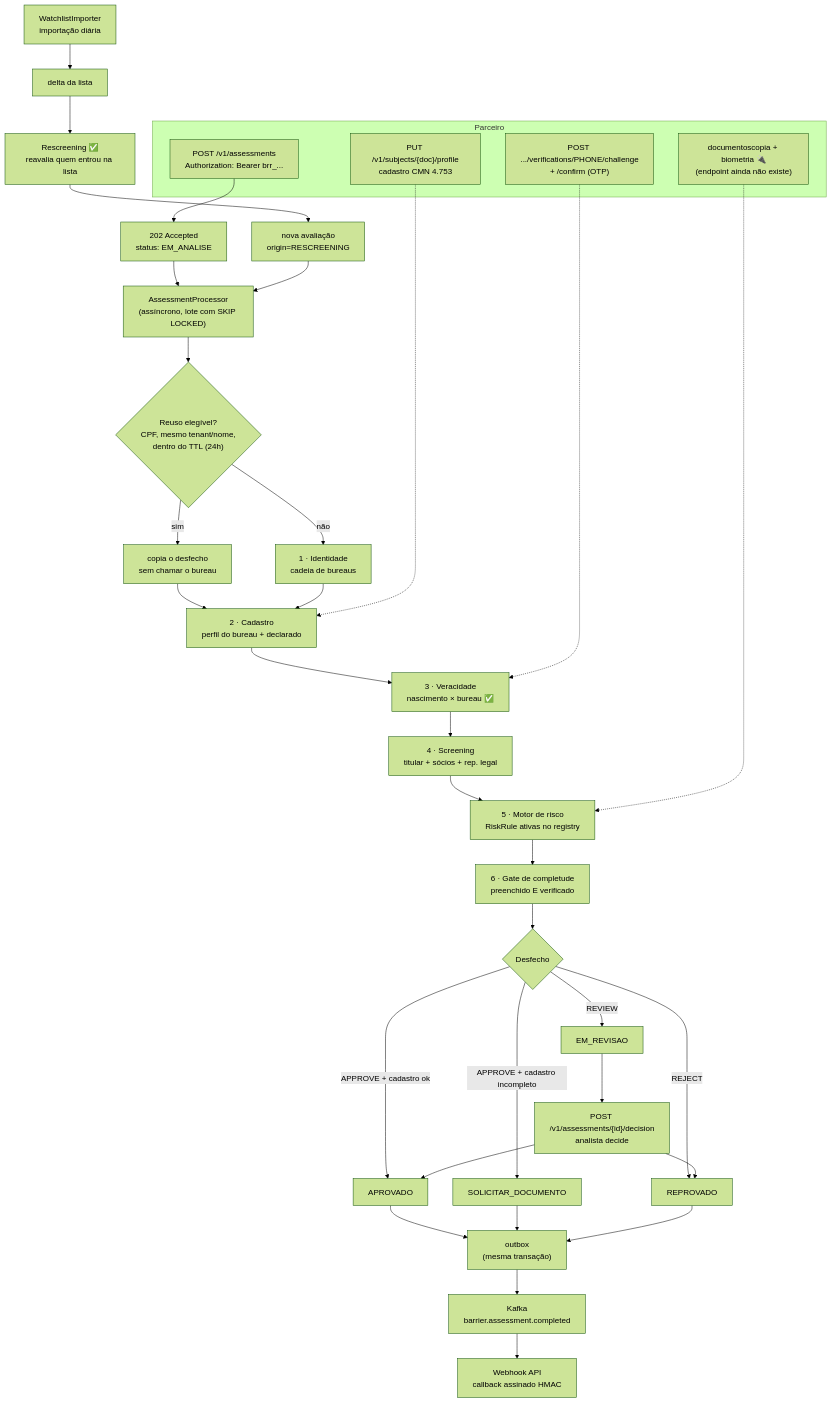
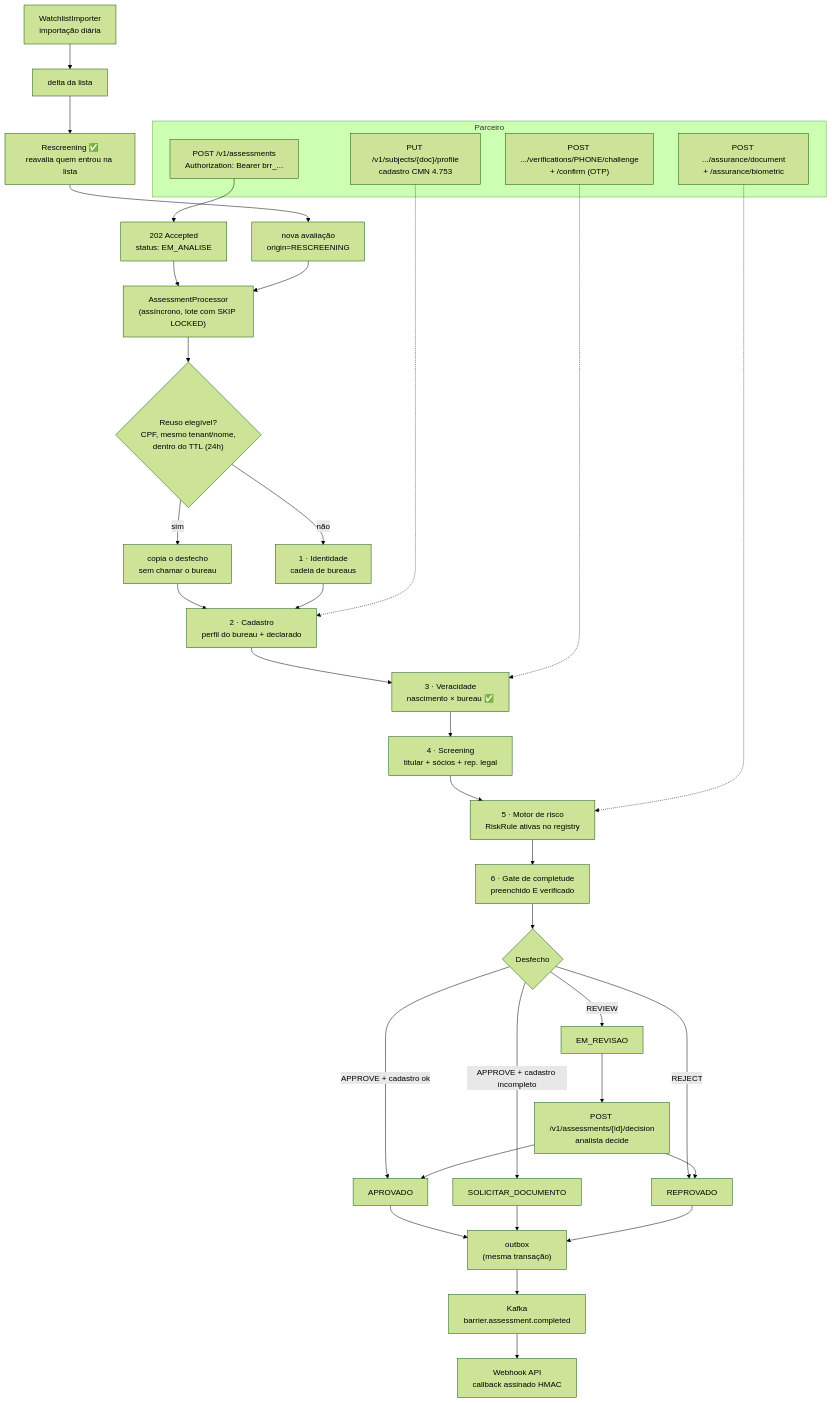
One commit to leonardolermen/Barrier changed the diagram in docs/architecture/kyc-flow.md. Above: the diagram before and after it, drawn with Mermaid (forest theme). The commit also changed other lines of this file and 10 other files, not shown here.

````diff
--- a/docs/architecture/kyc-flow.md
+++ b/docs/architecture/kyc-flow.md
@@ -22,47 +22,47 @@
 ```mermaid
 flowchart TD
     subgraph Parceiro
       A["POST /v1/assessments<br/>Authorization: Bearer brr_..."]
       P1["PUT /v1/subjects/{doc}/profile<br/>cadastro CMN 4.753"]
       P2["POST .../verifications/PHONE/challenge<br/>+ /confirm (OTP)"]
-      P3["documentoscopia + biometria 🔌<br/>(endpoint ainda não existe)"]
+      P3["POST .../assurance/document<br/>+ /assurance/biometric"]
     end
 
     A --> B["202 Accepted<br/>status: EM_ANALISE"]
     B --> C["AssessmentProcessor<br/>(assíncrono, lote com SKIP LOCKED)"]
 
     C --> D0{"Reuso elegível?<br/>CPF, mesmo tenant/nome,<br/>dentro do TTL (24h)"}
     D0 -->|sim| D1["copia o desfecho<br/>sem chamar o bureau"]
     D0 -->|não| D["1 · Identidade<br/>cadeia de bureaus"]
     D1 --> E
     D --> E["2 · Cadastro<br/>perfil do bureau + declarado"]
     E --> V["3 · Veracidade<br/>nascimento × bureau ✅"]
     V --> F["4 · Screening<br/>titular + sócios + rep. legal"]
     F --> G["5 · Motor de risco<br/>RiskRule ativas no registry"]
     G --> H["6 · Gate de completude<br/>preenchido E verificado"]
 
     H --> I{Desfecho}
     I -->|APPROVE + cadastro ok| J["APROVADO"]
     I -->|APPROVE + cadastro incompleto| K["SOLICITAR_DOCUMENTO"]
     I -->|REVIEW| L["EM_REVISAO"]
     I -->|REJECT| M["REPROVADO"]
 
     L --> N["POST /v1/assessments/{id}/decision<br/>analista decide"]
     N --> J
     N --> M
 
     J --> O["outbox<br/>(mesma transação)"]
     K --> O
     M --> O
     O --> Q["Kafka<br/>barrier.assessment.completed"]
     Q --> R["Webhook API<br/>callback assinado HMAC"]
 
     S["WatchlistImporter<br/>importação diária"] --> T["delta da lista"]
     T --> U["Rescreening ✅<br/>reavalia quem entrou na lista"]
     U --> A2["nova avaliação<br/>origin=RESCREENING"]
     A2 --> C
 
     P1 -.-> E
     P2 -.-> V
     P3 -.-> G
 ```
````
